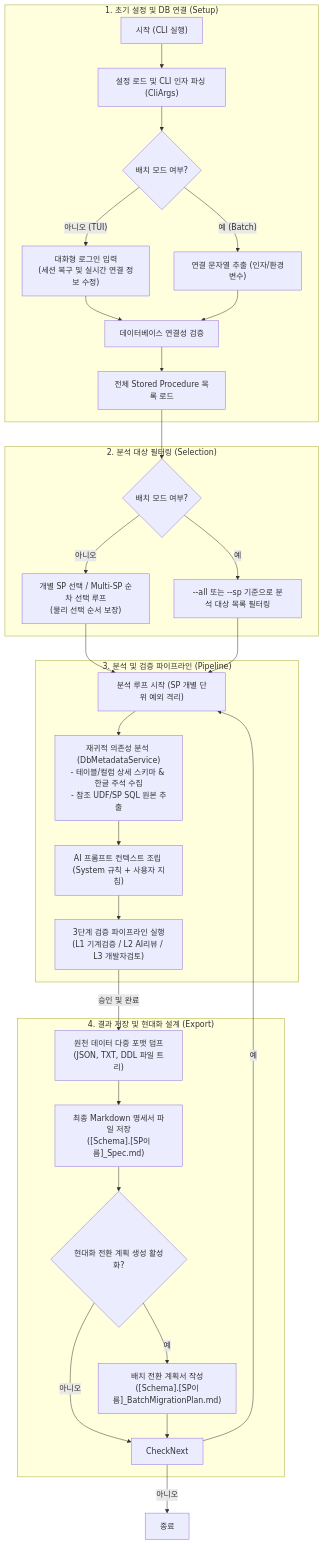
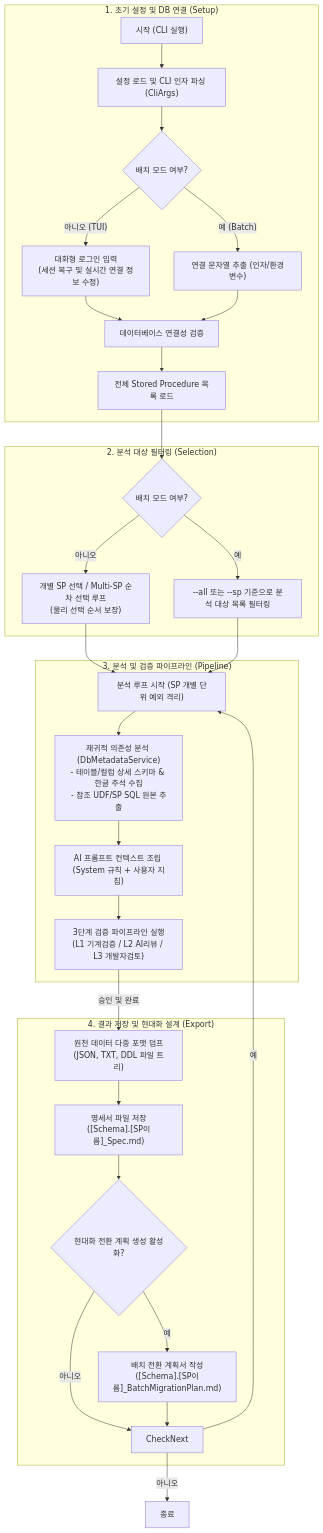
One commit to moondae815/sp-reverse-engineering changed the first of 3 diagrams in docs/architecture.md. Above: the diagram before and after it, drawn with Mermaid. The commit also changed other lines of this file, not shown here.

Commit message:
docs: unify mermaid node terminology in architecture.md

````diff
--- a/docs/architecture.md
+++ b/docs/architecture.md
@@ -73,45 +73,45 @@
 ```mermaid
 graph TD
     %% 1단계: 초기화 및 연결
     subgraph Setup ["1. 초기 설정 및 DB 연결 (Setup)"]
         Start["시작 (CLI 실행)"] --> Parse["설정 로드 및 CLI 인자 파싱 (CliArgs)"]
         Parse --> ModeCheck{"배치 모드 여부?"}
         
         ModeCheck -- "아니오 (TUI)" --> TUI["대화형 로그인 입력<br/>(세션 복구 및 실시간 연결 정보 수정)"]
         ModeCheck -- "예 (Batch)" --> Batch["연결 문자열 추출 (인자/환경변수)"]
         
         TUI & Batch --> ConnTest["데이터베이스 연결성 검증"]
         ConnTest --> LoadSps["전체 Stored Procedure 목록 로드"]
     end
     
     %% 2단계: 대상 필터링
     subgraph Selection ["2. 분석 대상 필터링 (Selection)"]
         LoadSps --> TargetCheck{"배치 모드 여부?"}
         
         TargetCheck -- "아니오" --> SelectTUI["개별 SP 선택 / Multi-SP 순차 선택 루프<br/>(물리 선택 순서 보장)"]
         TargetCheck -- "예" --> SelectBatch["--all 또는 --sp 기준으로 분석 대상 목록 필터링"]
     end
     
     %% 3단계: 메인 분석 및 검증 파이프라인
     subgraph Pipeline ["3. 분석 및 검증 파이프라인 (Pipeline)"]
         SelectTUI & SelectBatch --> LoopStart["분석 루프 시작 (SP 개별 단위 예외 격리)"]
         
         LoopStart --> QueryMeta["재귀적 의존성 분석 (DbMetadataService)<br/>- 테이블/컬럼 상세 스키마 & 한글 주석 수집<br/>- 참조 UDF/SP SQL 원본 추출"]
         QueryMeta --> GeneratePrompt["AI 프롬프트 컨텍스트 조립 (System 규칙 + 사용자 지침)"]
         
         GeneratePrompt --> VerificationPipeline["3단계 검증 파이프라인 실행<br/>(L1 기계검증 / L2 AI리뷰 / L3 개발자검토)"]
     end
     
     %% 4단계: 산출물 내보내기 및 현대화 전환 설계
     subgraph Save ["4. 결과 저장 및 현대화 설계 (Export)"]
         VerificationPipeline -- "승인 및 완료" --> ExportRaw["원천 데이터 다중 포맷 덤프<br/>(JSON, TXT, DDL 파일 트리)"]
-        ExportRaw --> SaveSpec["최종 Markdown 명세서 파일 저장<br/>([Schema].[SP이름]_Spec.md)"]
+        ExportRaw --> SaveSpec["명세서 파일 저장<br/>([Schema].[SP이름]_Spec.md)"]
         SaveSpec --> GenMigrationCheck{"현대화 전환 계획 생성 활성화?"}
         GenMigrationCheck -- "예" --> GenMigration["배치 전환 계획서 작성<br/>([Schema].[SP이름]_BatchMigrationPlan.md)"]
         GenMigrationCheck -- "아니오" --> CheckNext
         GenMigration --> CheckNext
     end
     
     CheckNext -- "예" --> LoopStart
     CheckNext -- "아니오" --> End["종료"]
 ```
````
